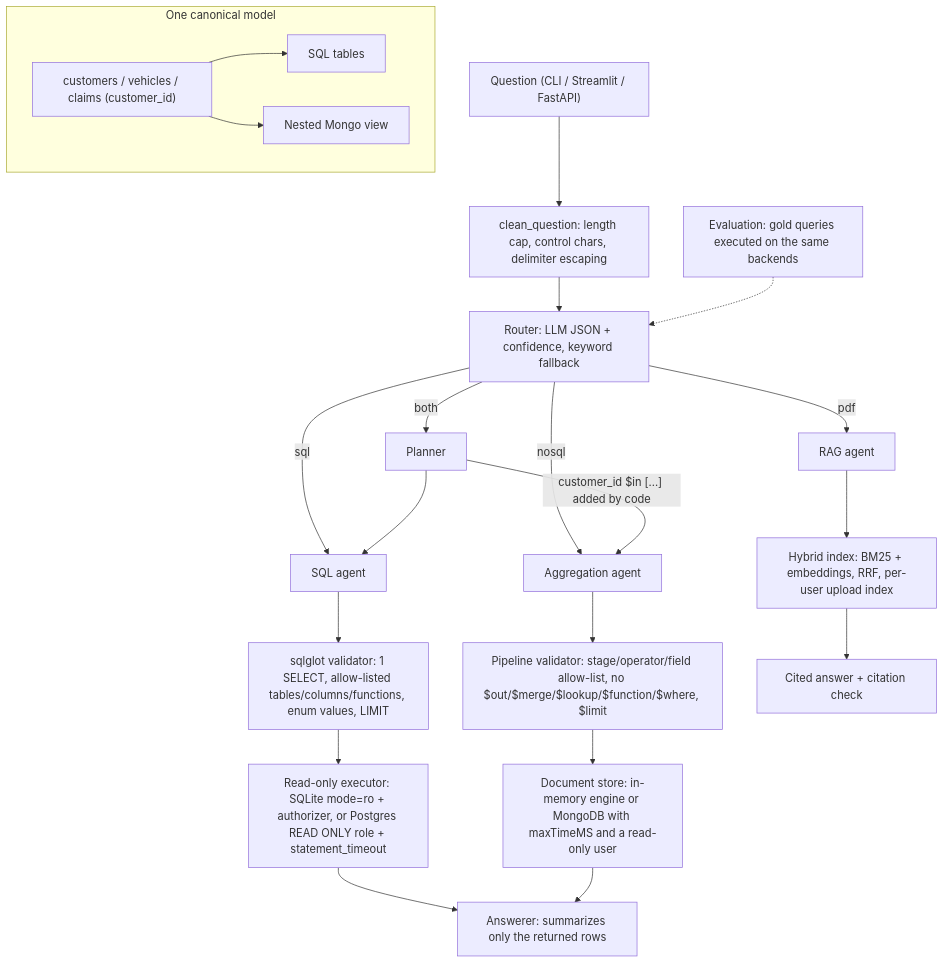
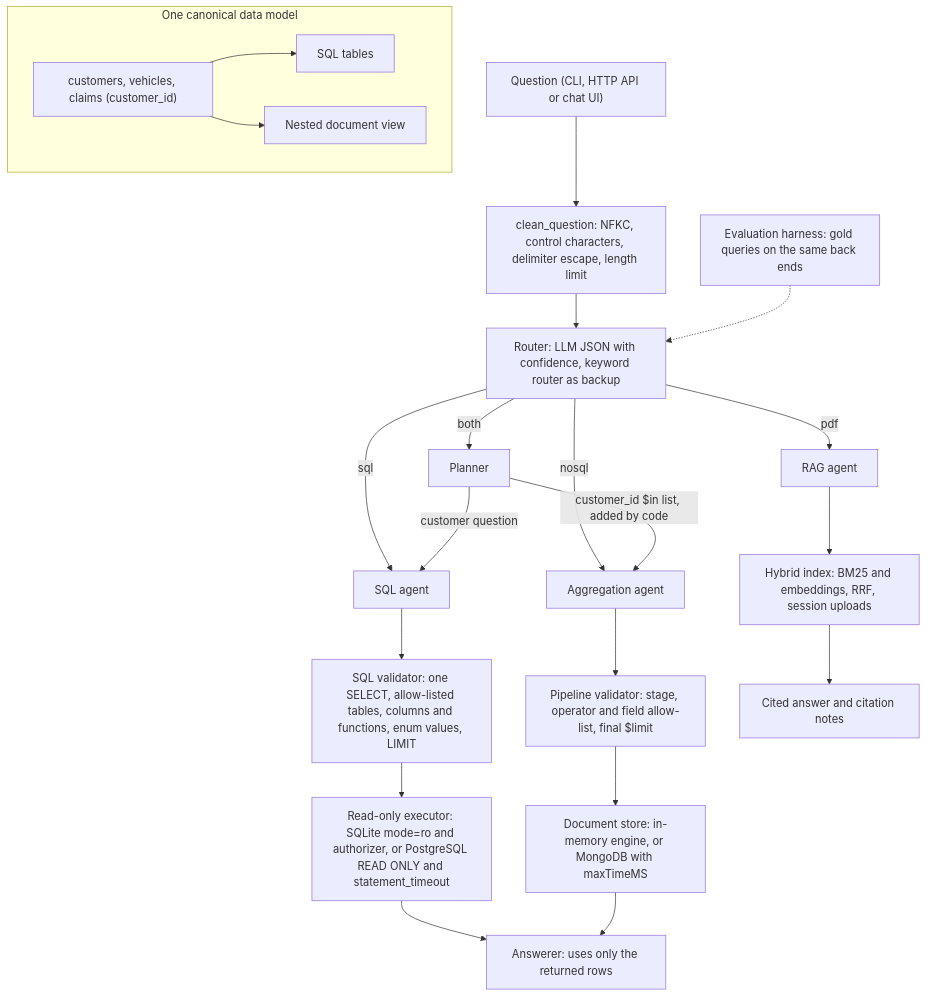
Before and after one commit to KrishnaAnnavaram/policypilot: the third of 3 diagrams in README.md, drawn with Mermaid. The commit also changed other lines of this file and 5 other files, not shown here.

````diff
--- a/README.md
+++ b/README.md
@@ -21,23 +224,24 @@
 ```mermaid
 flowchart TB
-  Q["Question (CLI / Streamlit / FastAPI)"] --> C["clean_question: length cap, control chars, delimiter escaping"]
-  C --> R["Router: LLM JSON + confidence, keyword fallback"]
-  R -->|"sql"| S["SQL agent"]
-  R -->|"nosql"| M["Aggregation agent"]
-  R -->|"both"| P["Planner"]
-  R -->|"pdf"| G["RAG agent"]
-  S --> SV["sqlglot validator: 1 SELECT, allow-listed tables/columns/functions, enum values, LIMIT"]
-  SV --> SX["Read-only executor: SQLite mode=ro + authorizer, or Postgres READ ONLY role + statement_timeout"]
-  M --> MV["Pipeline validator: stage/operator/field allow-list, no $out/$merge/$lookup/$function/$where, $limit"]
-  MV --> MX["Document store: in-memory engine or MongoDB with maxTimeMS and a read-only user"]
-  P --> S
-  P -->|"customer_id $in [...] added by code"| M
-  G --> IX["Hybrid index: BM25 + embeddings, RRF, per-user upload index"]
-  SX & MX --> A["Answerer: summarizes only the returned rows"]
-  IX --> A2["Cited answer + citation check"]
-  subgraph data["One canonical model"]
-    D["customers / vehicles / claims (customer_id)"] --> DDL["SQL tables"]
-    D --> DOC["Nested Mongo view"]
-  end
-  EV["Evaluation: gold queries executed on the same backends"] -.-> R
+    Q["Question (CLI, HTTP API or chat UI)"] --> C["clean_question: NFKC, control characters, delimiter escape, length limit"]
+    C --> R["Router: LLM JSON with confidence, keyword router as backup"]
+    R -->|"sql"| S["SQL agent"]
+    R -->|"nosql"| M["Aggregation agent"]
+    R -->|"both"| P["Planner"]
+    R -->|"pdf"| G["RAG agent"]
+    S --> SV["SQL validator: one SELECT, allow-listed tables, columns and functions, enum values, LIMIT"]
+    SV --> SX["Read-only executor: SQLite mode=ro and authorizer, or PostgreSQL READ ONLY and statement_timeout"]
+    M --> MV["Pipeline validator: stage, operator and field allow-list, final $limit"]
+    MV --> MX["Document store: in-memory engine, or MongoDB with maxTimeMS"]
+    P -->|"customer question"| S
+    P -->|"customer_id $in list, added by code"| M
+    G --> IX["Hybrid index: BM25 and embeddings, RRF, session uploads"]
+    SX --> A["Answerer: uses only the returned rows"]
+    MX --> A
+    IX --> A2["Cited answer and citation notes"]
+    subgraph data["One canonical data model"]
+        D["customers, vehicles, claims (customer_id)"] --> DDL["SQL tables"]
+        D --> DOCV["Nested document view"]
+    end
+    EV["Evaluation harness: gold queries on the same back ends"] -.-> R
 ```
````
